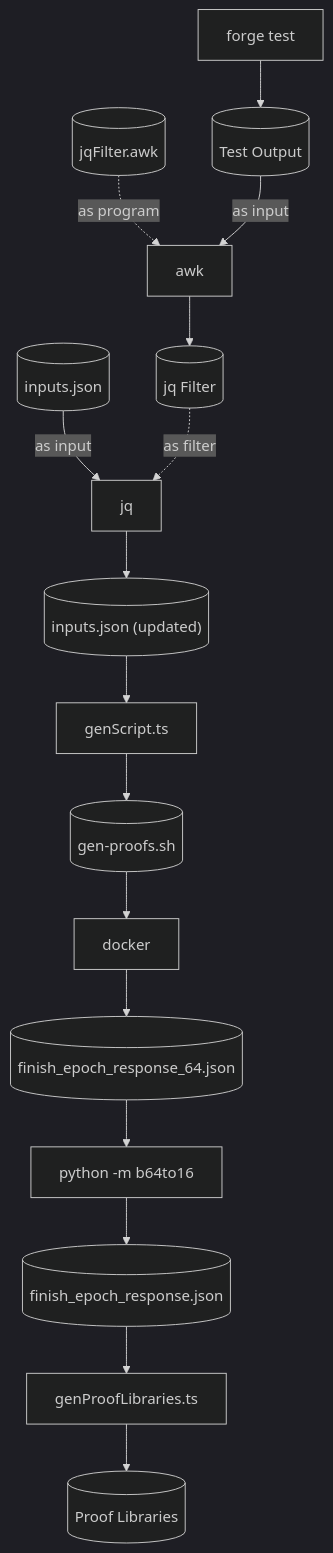
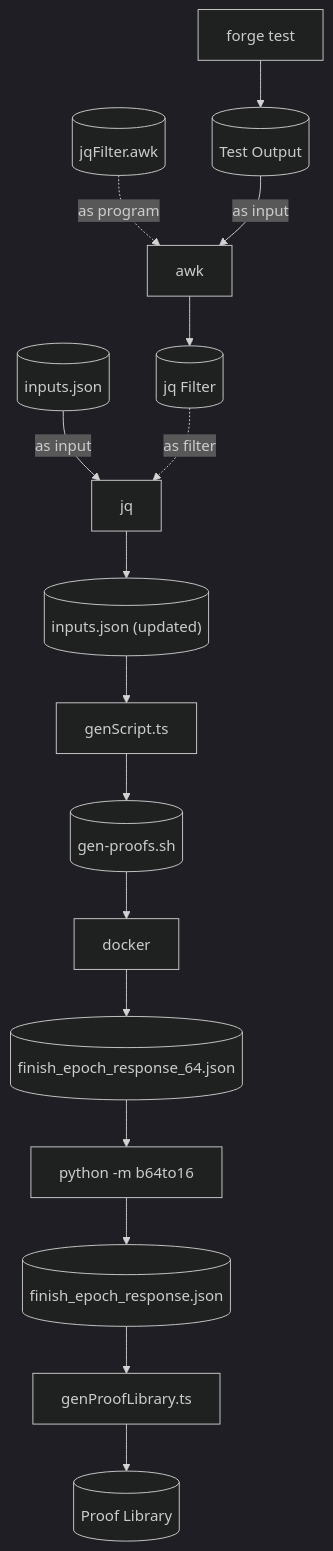
Before and after one commit to dapp-dragonxmlp09/rollups-contracts: the diagram in onchain/rollups/test/foundry/dapp/helper/README.md, drawn with Mermaid (dark theme). The commit also changed 2 other files, not shown here.

Commit message:
refactor(contracts): `genProofLibraries` -> `genProofLibrary`

````diff
--- a/onchain/rollups/test/foundry/dapp/helper/README.md
+++ b/onchain/rollups/test/foundry/dapp/helper/README.md
@@ -35,15 +35,15 @@
 ```mermaid
 graph TD
     forge[forge test] --> testOutput[(Test Output)]
     jqFilterProgram[(jqFilter.awk)] -. as program .-> awk
     testOutput -- as input --> awk
     awk --> jqFilter[(jq Filter)]
     inputs[(inputs.json)] -- as input --> jq
     jqFilter -. as filter .-> jq
     jq --> updatedInputs[("inputs.json (updated)")]
     updatedInputs --> genScript.ts --> script[(gen-proofs.sh)]
     script --> docker --> finishEpochResponse[(finish_epoch_response_64.json)]
     finishEpochResponse --> b64to16[python -m b64to16] --> formatedFinishEpochResponse[("finish_epoch_response.json")]
-    formatedFinishEpochResponse --> genProofLibraries.ts
-    genProofLibraries.ts --> proofLibraries[(Proof Libraries)]
+    formatedFinishEpochResponse --> genProofLibrary.ts
+    genProofLibrary.ts --> proofLibrary[(Proof Library)]
 ```
````
